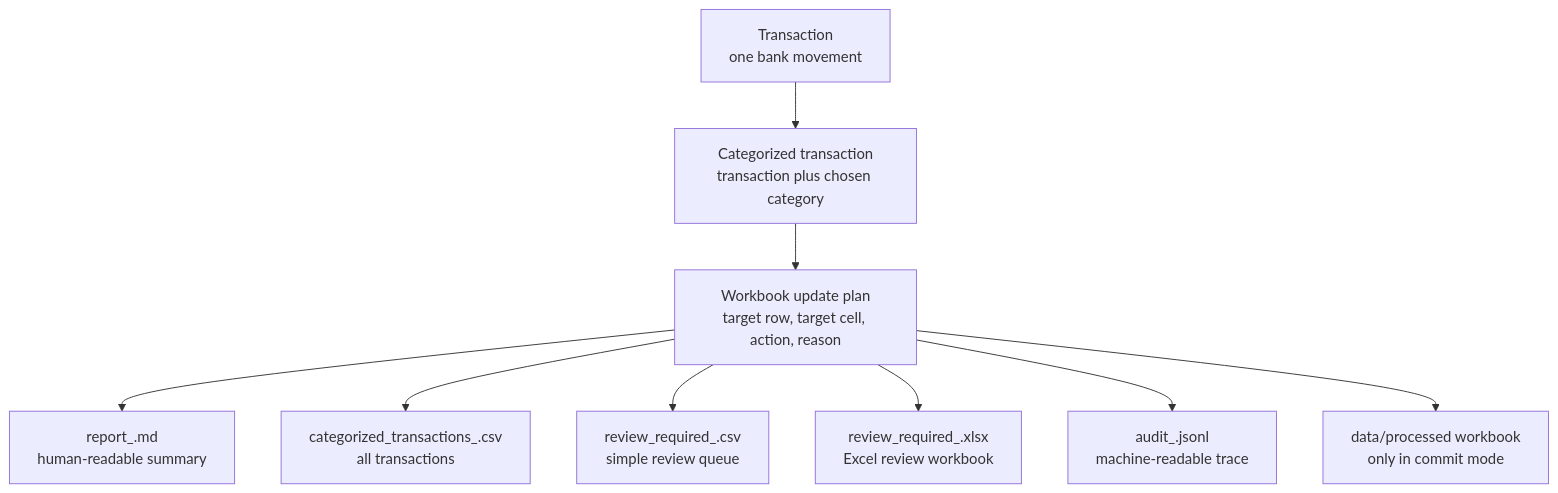
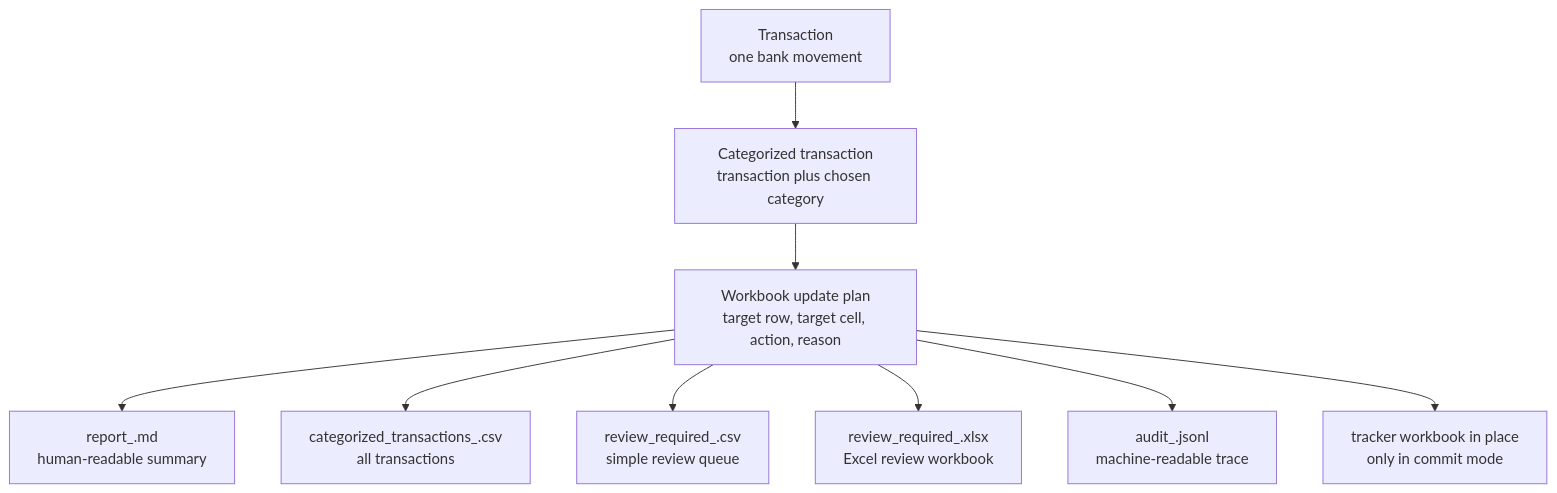
The fourth of 5 diagrams in docs/project_overview.md (EricleungDK/personalwealthtracker), drawn with Mermaid before and after one commit. The commit also changed other lines of this file and 19 other files, not shown here.

First line of the commit message:
fix(commit): update tracker in place so months accumulate

````diff
--- a/docs/project_overview.md
+++ b/docs/project_overview.md
@@ -118,11 +118,11 @@
 ```mermaid
 flowchart TD
   Transaction["Transaction<br/>one bank movement"] --> Categorized["Categorized transaction<br/>transaction plus chosen category"]
   Categorized --> Update["Workbook update plan<br/>target row, target cell, action, reason"]
   Update --> Report["report_<period>.md<br/>human-readable summary"]
   Update --> CategorizedCsv["categorized_transactions_<period>.csv<br/>all transactions"]
   Update --> ReviewCsv["review_required_<period>.csv<br/>simple review queue"]
   Update --> ReviewXlsx["review_required_<period>.xlsx<br/>Excel review workbook"]
   Update --> Audit["audit_<period>.jsonl<br/>machine-readable trace"]
-  Update --> CopiedWorkbook["data/processed workbook<br/>only in commit mode"]
+  Update --> CopiedWorkbook["tracker workbook in place<br/>only in commit mode"]
 ```
````
